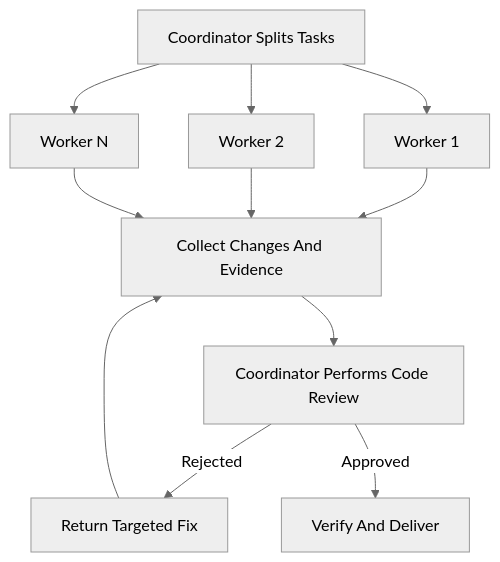
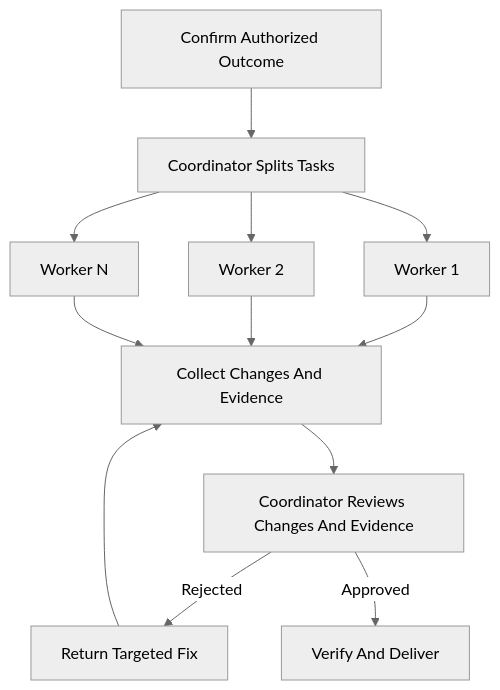
One commit to hanjeahwan/common-skills changed the diagram in .agents/skills/codex-luna-swarm/SKILL.md. Above: the diagram before and after it, drawn with Mermaid (neutral theme). The commit also changed other lines of this file and 1 other file, not shown here.

````diff
--- a/.agents/skills/codex-luna-swarm/SKILL.md
+++ b/.agents/skills/codex-luna-swarm/SKILL.md
@@ -10,13 +10,14 @@
 ```mermaid
 flowchart TD
-    S[Coordinator Splits Tasks] --> L1[Worker 1]
+    U[Confirm Authorized Outcome] --> S[Coordinator Splits Tasks]
+    S --> L1[Worker 1]
     S --> L2[Worker 2]
     S --> LN[Worker N]
     L1 --> G[Collect Changes And Evidence]
     L2 --> G
     LN --> G
-    G --> R[Coordinator Performs Code Review]
+    G --> R[Coordinator Reviews Changes And Evidence]
     R -->|Rejected| F[Return Targeted Fix]
     F --> G
     R -->|Approved| V[Verify And Deliver]
 ```
````
